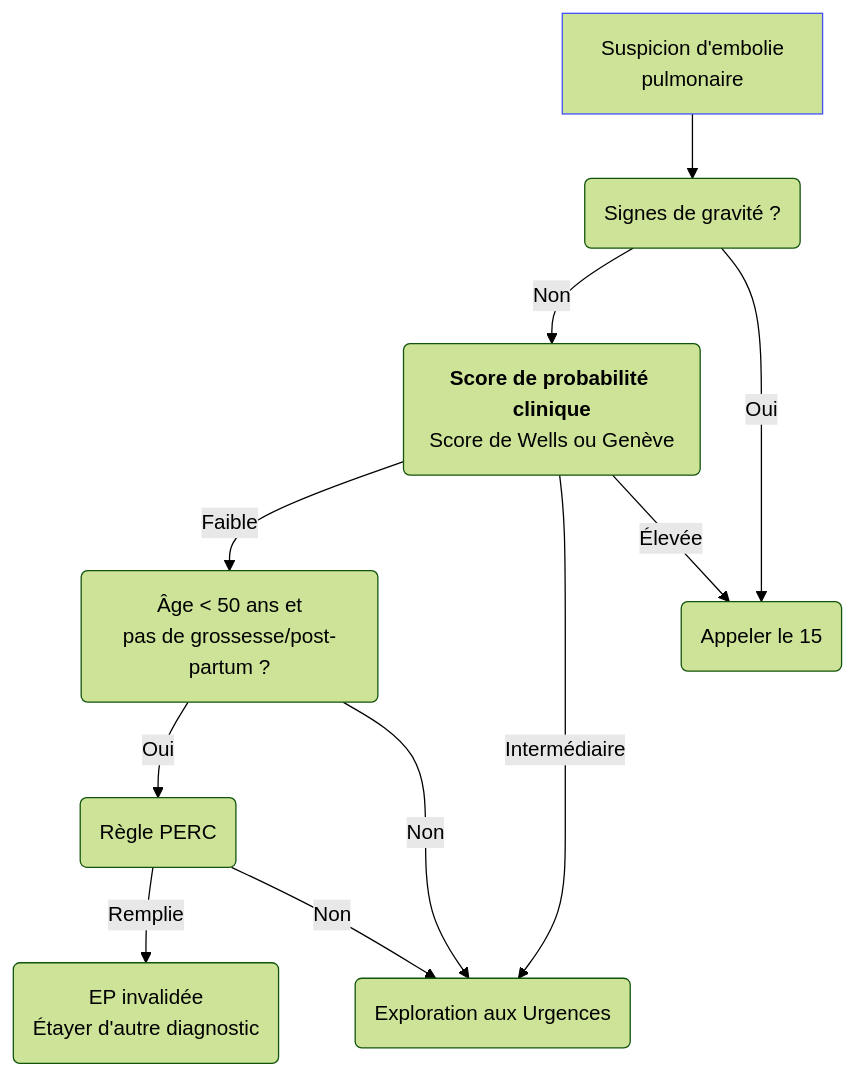
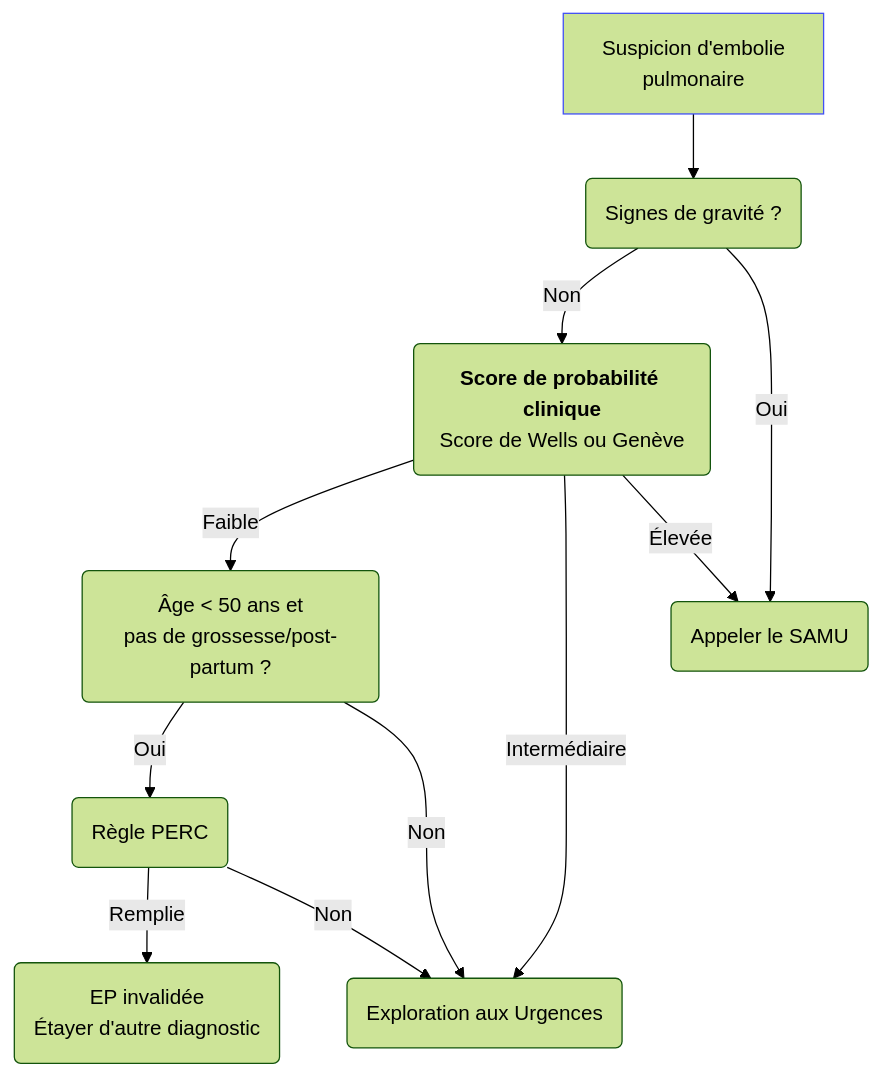
Before and after one commit to djibe/recommandations-medicales: the diagram in content/recommandations/embolie-pulmonaire.md, drawn with Mermaid (forest theme). The commit also changed 9 other files, not shown here.

```diff
--- a/content/recommandations/embolie-pulmonaire.md
+++ b/content/recommandations/embolie-pulmonaire.md
@@ -302,15 +302,15 @@
 {{< mermaid title="Prise en charge ambulatoire d'une suspicion d'embolie pulmonaire. Dr JB Fron d'après SFMV 2019" >}}
 graph TB
 accTitle: Prise en charge ambulatoire d'une suspicion d'embolie pulmonaire d'après SFMV 2019
   ep[Suspicion d'embolie<br>pulmonaire] --> gravite(Signes de gravité ?)
   style ep stroke:#4150f5, stroke-width:1px
     gravite -- Non --> probaClin("<b>Score de probabilité clinique</b><br>Score de Wells ou Genève")
       probaClin -- Faible --> age("Âge &lt; 50 ans et<br>pas de grossesse/post-partum ?")
         age -- Oui --> perc(Règle PERC)
           perc -- Remplie --> inval(EP invalidée<br>Étayer d'autre diagnostic)
           perc -- Non --> urgences
         age -- Non --> urgences(Exploration aux Urgences)
       probaClin -- Intermédiaire --> urgences
       probaClin -- Élevée --> samu
-    gravite -- Oui --> samu(Appeler le 15)
+    gravite -- Oui --> samu(Appeler le SAMU)
 {{< /mermaid >}}
```
